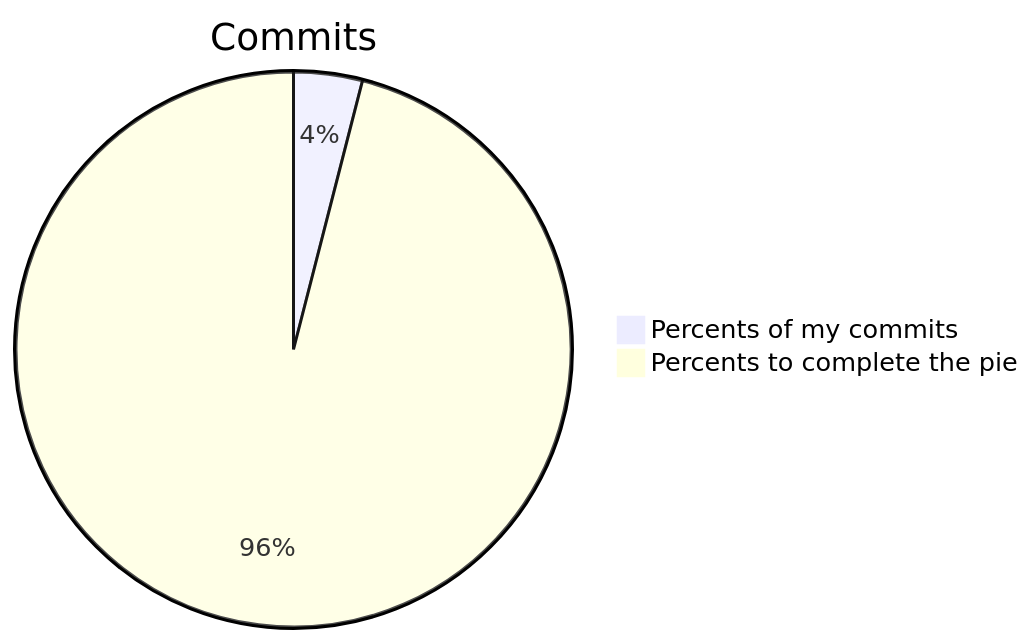
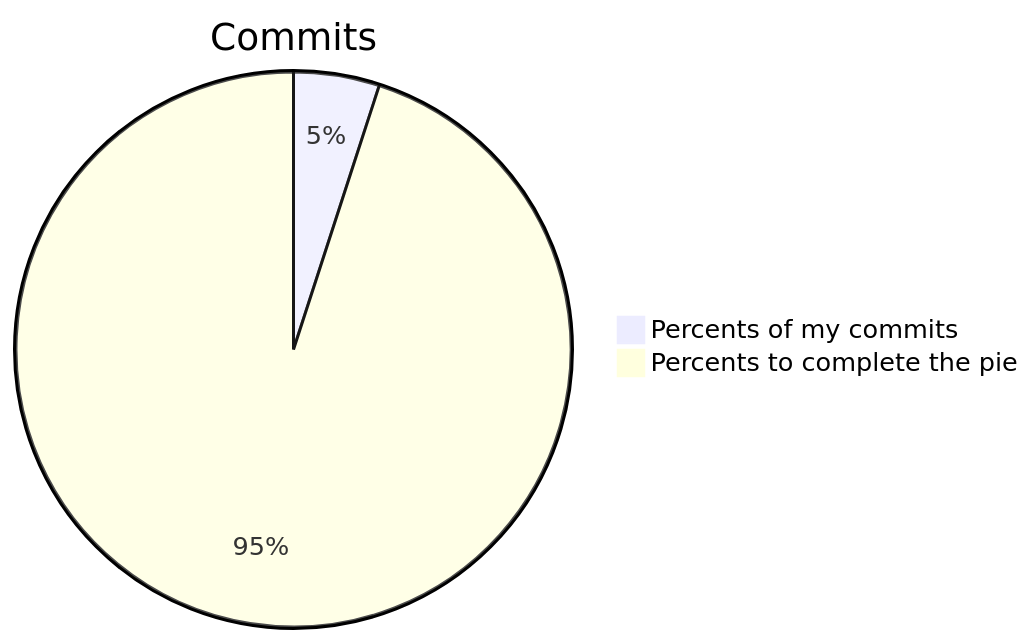
Before and after one commit to Kravatka/circumstence: the diagram in members/bazzzket0810/README.md, drawn with Mermaid. The commit also changed 19 other files, not shown here.

````diff
--- a/members/bazzzket0810/README.md
+++ b/members/bazzzket0810/README.md
@@ -3,6 +3,6 @@
 ```mermaid
 
 pie title Commits
-    "Percents of my commits" : 4
-    "Percents to complete the pie" : 96
+    "Percents of my commits" : 5
+    "Percents to complete the pie" : 95
 ```
````
